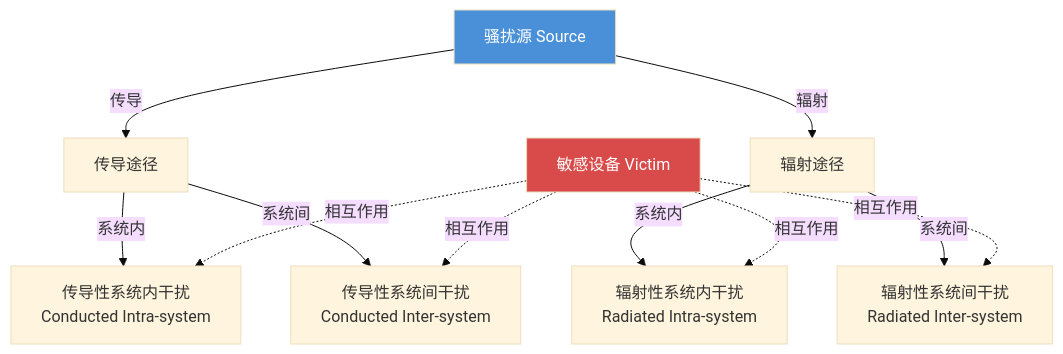
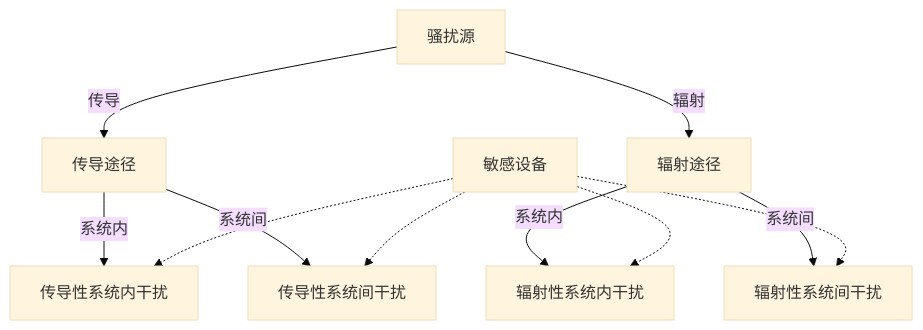
One commit to huoli4844/chateacher-emc changed the third of 7 diagrams in output/第1章-绪论.md. Above: the diagram before and after it, drawn with Mermaid (base theme). The commit also changed other lines of this file, not shown here.

Commit message:
fix: 全部7个Mermaid图替换为最大兼容语法（移除timeline/mindmap/%%{init}%%/subgraph/<-->）

````diff
--- a/output/第1章-绪论.md
+++ b/output/第1章-绪论.md
@@ -136,17 +132,13 @@
 ```mermaid
 graph TD
-    E["骚扰源 Source"] -->|"传导"| F["传导途径"]
-    E -->|"辐射"| G["辐射途径"]
-    F -->|"系统内"| A["传导性系统内干扰<br>Conducted Intra-system"]
-    F -->|"系统间"| B["传导性系统间干扰<br>Conducted Inter-system"]
-    G -->|"系统内"| C["辐射性系统内干扰<br>Radiated Intra-system"]
-    G -->|"系统间"| D["辐射性系统间干扰<br>Radiated Inter-system"]
-    
-    H["敏感设备 Victim"] -.->|"相互作用"| A
-    H -.->|"相互作用"| B
-    H -.->|"相互作用"| C
-    H -.->|"相互作用"| D
-    
-    style E fill:#4a90d9,color:#fff
-    style H fill:#d94a4a,color:#fff
+    S["骚扰源"] -->|"传导"| C1["传导途径"]
+    S -->|"辐射"| C2["辐射途径"]
+    C1 -->|"系统内"| A["传导性系统内干扰"]
+    C1 -->|"系统间"| B["传导性系统间干扰"]
+    C2 -->|"系统内"| C["辐射性系统内干扰"]
+    C2 -->|"系统间"| D["辐射性系统间干扰"]
+    V["敏感设备"] -.-> A
+    V -.-> B
+    V -.-> C
+    V -.-> D
 ```
````
